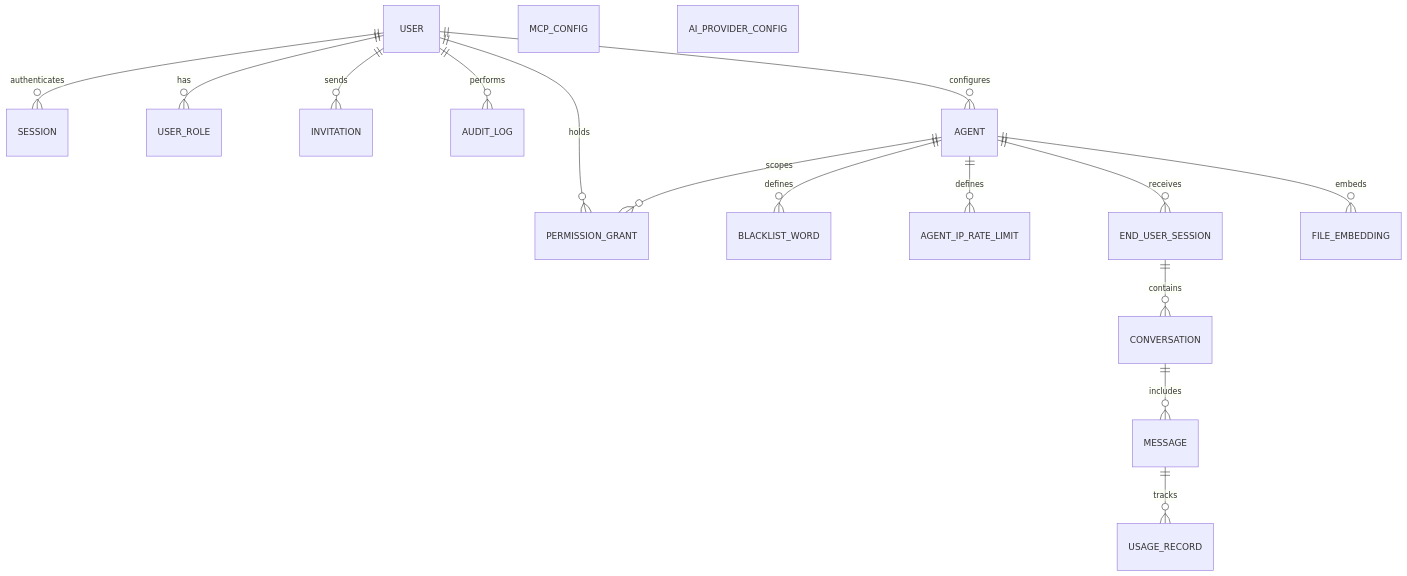
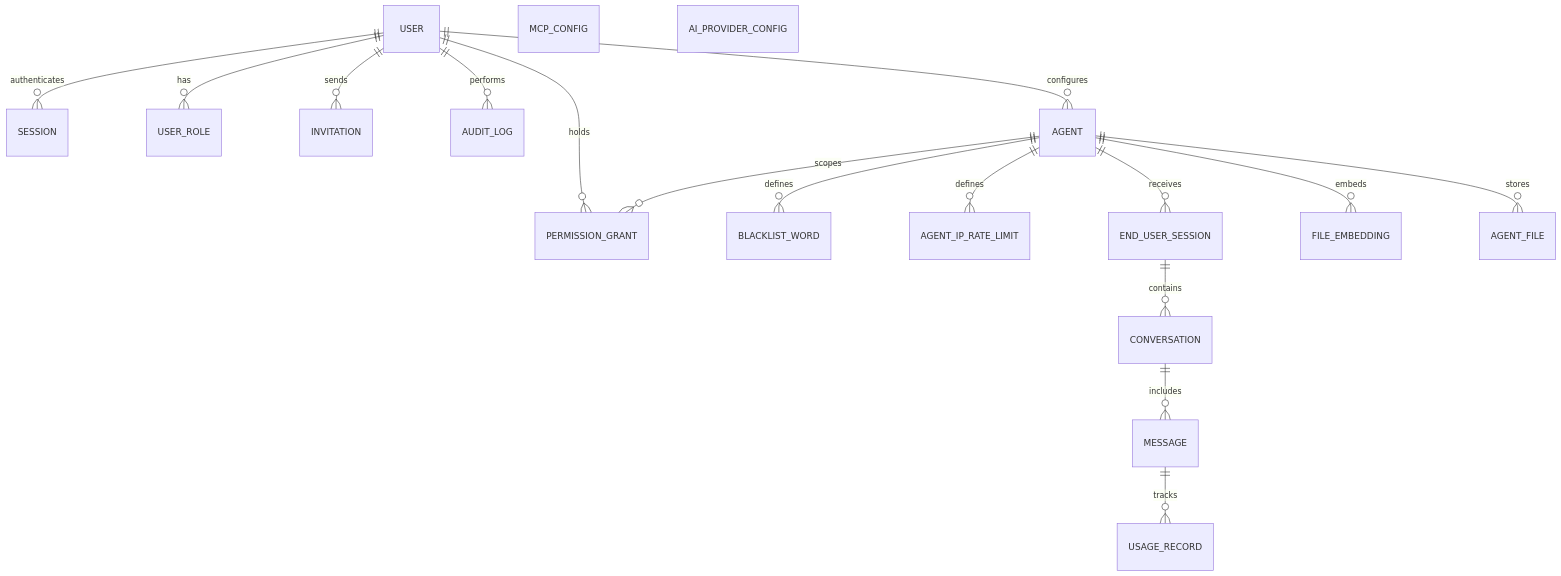
Before and after one commit to Talqo/talqo: the diagram in docs/ERD.md, drawn with Mermaid. The commit also changed 31 other files, not shown here.

````diff
--- a/docs/ERD.md
+++ b/docs/ERD.md
@@ -5,40 +5,41 @@
 ```mermaid
 erDiagram
     USER
     SESSION
     USER_ROLE
     INVITATION
     PERMISSION_GRANT
     AUDIT_LOG
 
     AGENT
     BLACKLIST_WORD
     AGENT_IP_RATE_LIMIT
 
     MCP_CONFIG
     AI_PROVIDER_CONFIG
 
     END_USER_SESSION
     CONVERSATION
     MESSAGE
 
     FILE_EMBEDDING
     USAGE_RECORD
 
     USER ||--o{ SESSION : authenticates
     USER ||--o{ USER_ROLE : has
     USER ||--o{ INVITATION : sends
     USER ||--o{ PERMISSION_GRANT : holds
     USER ||--o{ AUDIT_LOG : performs
 
     USER ||--o{ AGENT : configures
     AGENT ||--o{ PERMISSION_GRANT : scopes
     AGENT ||--o{ BLACKLIST_WORD : defines
     AGENT ||--o{ AGENT_IP_RATE_LIMIT : defines
+    AGENT ||--o{ AGENT_FILE : stores
     AGENT ||--o{ FILE_EMBEDDING : embeds
 
     AGENT ||--o{ END_USER_SESSION : receives
     END_USER_SESSION ||--o{ CONVERSATION : contains
     CONVERSATION ||--o{ MESSAGE : includes
     MESSAGE ||--o{ USAGE_RECORD : tracks
 ```
````
